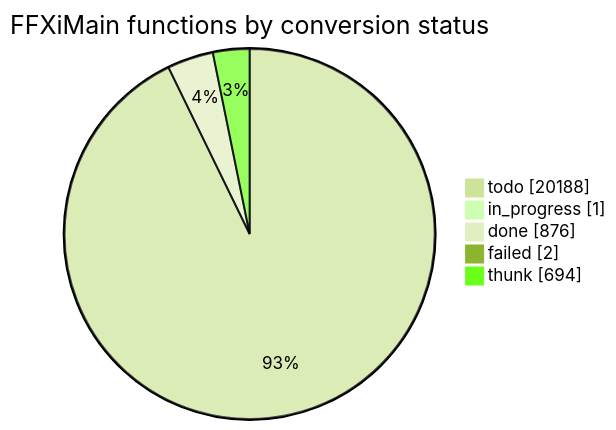
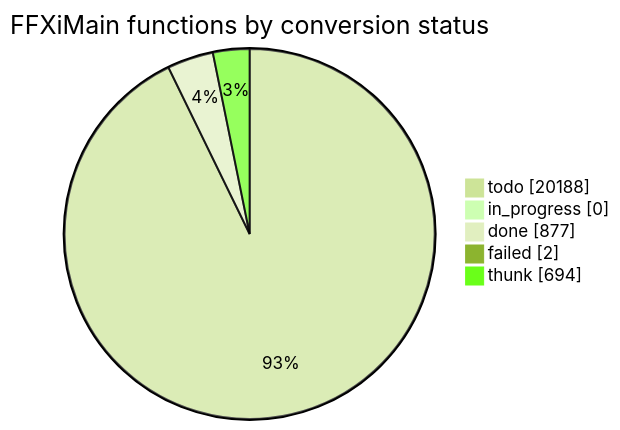
One commit to cowrevenge/cow_kuluu_xi_anything changed the diagram in docs/cow/STATUS.md. Above: the diagram before and after it, drawn with Mermaid (forest theme). The commit also changed other lines of this file and 9 other files, not shown here.

````diff
--- a/docs/cow/STATUS.md
+++ b/docs/cow/STATUS.md
@@ -18,9 +18,9 @@
 ```mermaid
 pie showData
     title FFXiMain functions by conversion status
     "todo" : 20188
-    "in_progress" : 1
-    "done" : 876
+    "in_progress" : 0
+    "done" : 877
     "failed" : 2
     "thunk" : 694
 ```
````
